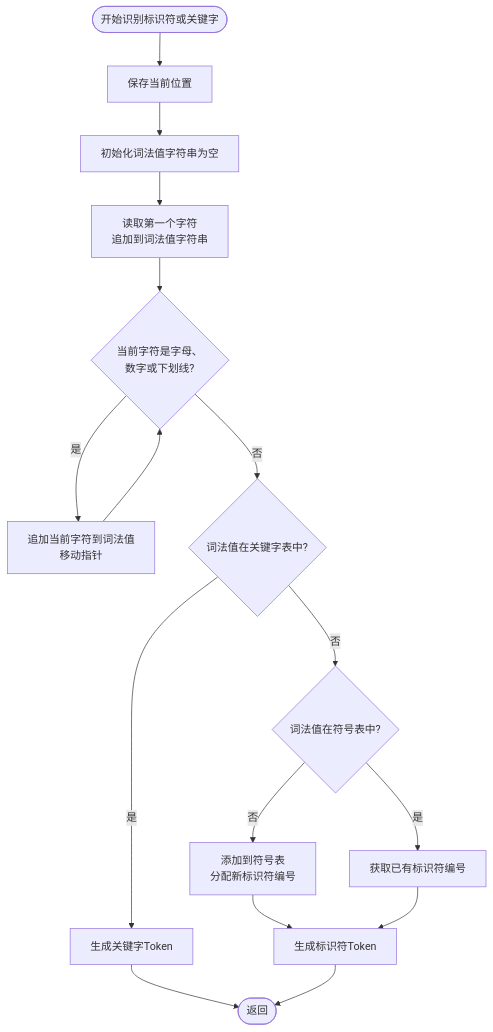
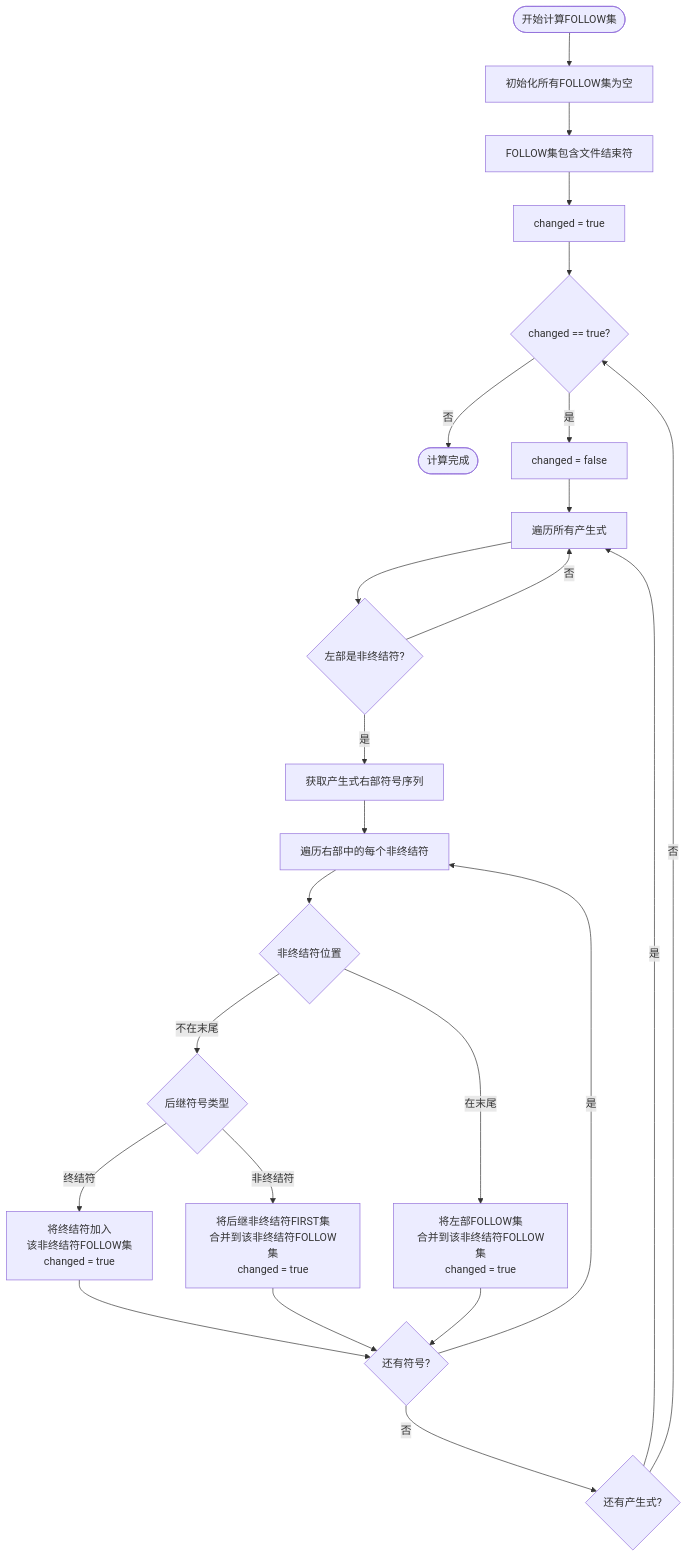
One commit to zhengky-paper-account/-CF-OF- changed the third of 7 diagrams in README.md. Above: the diagram before and after it, drawn with Mermaid. The commit also changed other lines of this file, not shown here.

````diff
--- a/README.md
+++ b/README.md
@@ -64,18 +77,26 @@
 ```mermaid
 flowchart TD
-    开始([开始识别标识符或关键字]) --> 保存位置[保存当前位置]
-    保存位置 --> 初始化词法值[初始化词法值字符串为空]
-    初始化词法值 --> 读取首字符[读取第一个字符<br/>追加到词法值字符串]
-    读取首字符 --> 循环判断{当前字符是字母、<br/>数字或下划线?}
-    循环判断 -->|是| 追加字符[追加当前字符到词法值<br/>移动指针]
-    追加字符 --> 循环判断
-    循环判断 -->|否| 检查关键字表{词法值在关键字表中?}
-    检查关键字表 -->|是| 生成关键字Token[生成关键字Token]
-    检查关键字表 -->|否| 检查符号表{词法值在符号表中?}
-    检查符号表 -->|否| 添加到符号表[添加到符号表<br/>分配新标识符编号]
-    检查符号表 -->|是| 获取已有编号[获取已有标识符编号]
-    添加到符号表 --> 生成标识符Token
-    获取已有编号 --> 生成标识符Token[生成标识符Token]
-    生成关键字Token --> 返回([返回])
-    生成标识符Token --> 返回
+    开始([开始计算FOLLOW集]) --> 初始化[初始化所有FOLLOW集为空]
+    初始化 --> 设置开始符号[FOLLOW集包含文件结束符]
+    设置开始符号 --> 设置标志[changed = true]
+    设置标志 --> 循环判断{changed == true?}
+    循环判断 -->|否| 完成([计算完成])
+    循环判断 -->|是| 设置标志2[changed = false]
+    设置标志2 --> 遍历产生式[遍历所有产生式]
+    遍历产生式 --> 检查左部{左部是非终结符?}
+    检查左部 -->|否| 遍历产生式
+    检查左部 -->|是| 获取右部[获取产生式右部符号序列]
+    获取右部 --> 遍历右部符号[遍历右部中的每个非终结符]
+    遍历右部符号 --> 检查位置{非终结符位置}
+    检查位置 -->|不在末尾| 检查后继符号{后继符号类型}
+    检查位置 -->|在末尾| 合并FOLLOW[将左部FOLLOW集<br/>合并到该非终结符FOLLOW集<br/>changed = true]
+    检查后继符号 -->|终结符| 加入FOLLOW[将终结符加入<br/>该非终结符FOLLOW集<br/>changed = true]
+    检查后继符号 -->|非终结符| 合并FIRST[将后继非终结符FIRST集<br/>合并到该非终结符FOLLOW集<br/>changed = true]
+    加入FOLLOW --> 检查下一个符号{还有符号?}
+    合并FIRST --> 检查下一个符号
+    合并FOLLOW --> 检查下一个符号
+    检查下一个符号 -->|是| 遍历右部符号
+    检查下一个符号 -->|否| 检查下一个产生式{还有产生式?}
+    检查下一个产生式 -->|是| 遍历产生式
+    检查下一个产生式 -->|否| 循环判断
 ```
````
